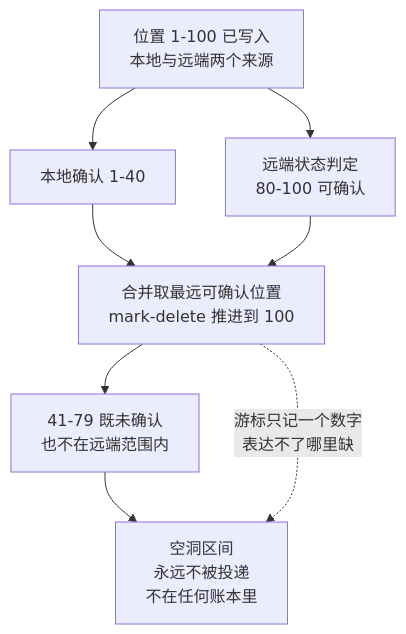
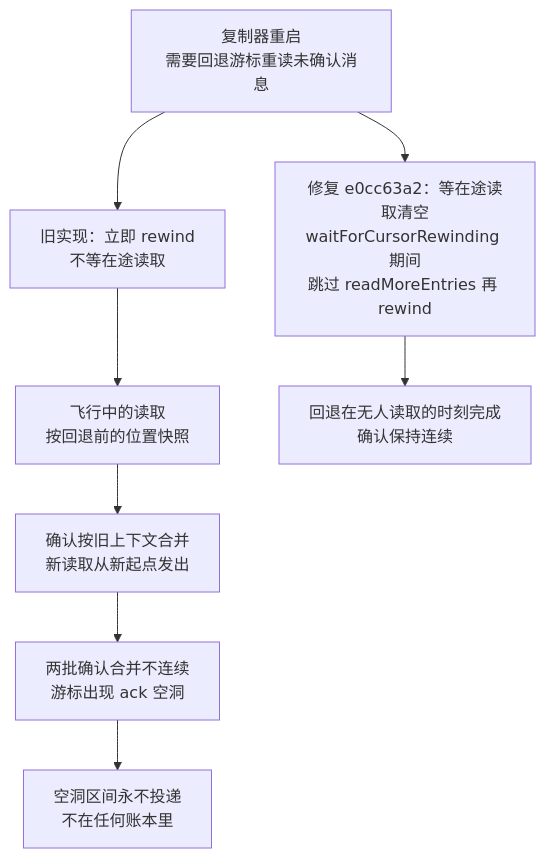
Before and after one commit to hub138/technical-knowledge: the first of 3 diagrams in vault/工程知识/缺陷分析：从个案到体系/正确性/案例三十：中间缺了一块——跨地域复制的 ack 空洞.md, drawn with Mermaid. The commit also changed other lines of this file and 622 other files, not shown here.

````diff
--- a/vault/工程知识/缺陷分析：从个案到体系/正确性/案例三十：中间缺了一块——跨地域复制的 ack 空洞.md
+++ b/vault/工程知识/缺陷分析：从个案到体系/正确性/案例三十：中间缺了一块——跨地域复制的 ack 空洞.md
@@ -102,10 +111,10 @@
 ```mermaid
 flowchart TB
-    a["位置 1-100 已写入<br/>本地与远端两个来源"] --> b1["本地确认 1-40"]
-    a --> b2["远端状态判定<br/>80-100 可确认"]
-    b1 --> c["合并取最远可确认位置<br/>mark-delete 推进到 100"]
-    b2 --> c
-    c --> d["41-79 既未确认<br/>也不在远端范围内"]
-    d --> e["空洞区间<br/>永远不被投递<br/>不在任何账本里"]
-    c -.->|"游标只记一个数字<br/>表达不了哪里缺"| e
+    R["复制器重启<br/>需要回退游标重读未确认消息"] --> W["旧实现：立即 rewind<br/>不等在途读取"]
+    W --> P["飞行中的读取<br/>按回退前的位置快照"]
+    P --> M["确认按旧上下文合并<br/>新读取从新起点发出"]
+    M --> H["两批确认合并不连续<br/>游标出现 ack 空洞"]
+    H --> E["空洞区间永不投递<br/>不在任何账本里"]
+    R --> F["修复 e0cc63a2：等在途读取清空<br/>waitForCursorRewinding 期间<br/>跳过 readMoreEntries 再 rewind"]
+    F --> OK["回退在无人读取的时刻完成<br/>确认保持连续"]
 ```
````
